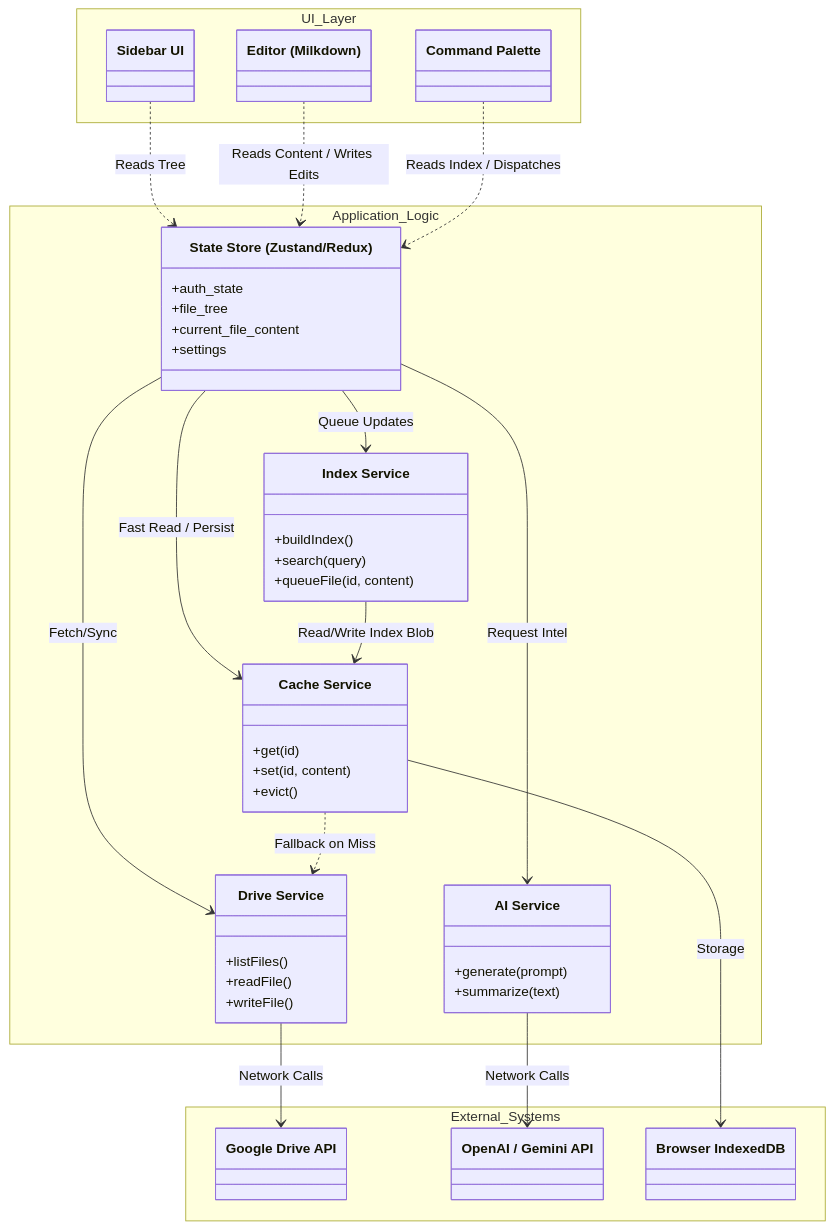
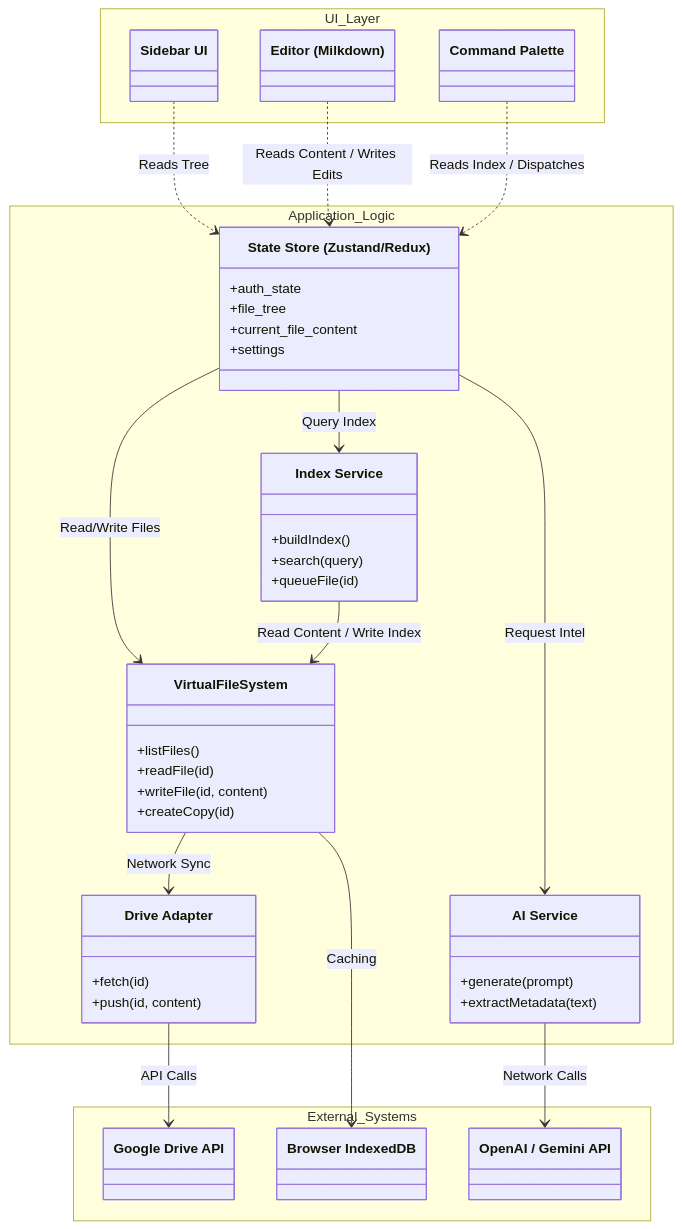
One commit to SharifIsmail/tools changed the diagram in personal-assistant-requirements/software_architecture.md. Above: the diagram before and after it, drawn with Mermaid. The commit also changed other lines of this file and 1 other file, not shown here.

Commit message:
adapted software architecture for better modularity

````diff
--- a/personal-assistant-requirements/software_architecture.md
+++ b/personal-assistant-requirements/software_architecture.md
@@ -21,70 +21,70 @@
 ```mermaid
 classDiagram
     direction TB
 
     namespace External_Systems {
         class GoogleDriveAPI["Google Drive API"]
         class OpenAI["OpenAI / Gemini API"]
         class IndexedDB["Browser IndexedDB"]
     }
 
     namespace Application_Logic {
         class Store["State Store (Zustand/Redux)"] {
             +auth_state
             +file_tree
             +current_file_content
             +settings
         }
         
-        class DriveService["Drive Service"] {
+        class VFS["VirtualFileSystem"] {
             +listFiles()
-            +readFile()
-            +writeFile()
+            +readFile(id)
+            +writeFile(id, content)
+            +createCopy(id)
         }
-        
-        class CacheService["Cache Service"] {
-            +get(id)
-            +set(id, content)
-            +evict()
+
+        class DriveAdapter["Drive Adapter"] {
+             +fetch(id)
+             +push(id, content)
         }
         
         class IndexService["Index Service"] {
             +buildIndex()
             +search(query)
-            +queueFile(id, content)
+            +queueFile(id)
         }
         
         class AIService["AI Service"] {
             +generate(prompt)
-            +summarize(text)
+            +extractMetadata(text)
         }
     }
 
     namespace UI_Layer {
         class Sidebar["Sidebar UI"]
         class Editor["Editor (Milkdown)"]
         class CommandPalette["Command Palette"]
     }
 
     %% Relationships
     
     %% UI depends on Store
     Sidebar ..> Store : Reads Tree
     Editor ..> Store : Reads Content / Writes Edits
     CommandPalette ..> Store : Reads Index / Dispatches
 
     %% Store Coordinates Services
-    Store --> DriveService : Fetch/Sync
-    Store --> CacheService : Fast Read / Persist
-    Store --> IndexService : Queue Updates
+    Store --> VFS : Read/Write Files
+    Store --> IndexService : Query Index
     Store --> AIService : Request Intel
 
+    %% VFS Internals
+    VFS --> DriveAdapter : Network Sync
+    VFS --> IndexedDB : Caching
+    DriveAdapter --> GoogleDriveAPI : API Calls
+
     %% Service Dependencies
-    DriveService --> GoogleDriveAPI : Network Calls
-    CacheService --> IndexedDB : Storage
     AIService --> OpenAI : Network Calls
-    IndexService --> CacheService : Read/Write Index Blob
+    IndexService --> VFS : Read Content / Write Index
     
-    %% Cache fallback
-    CacheService ..> DriveService : Fallback on Miss
 ```
````
